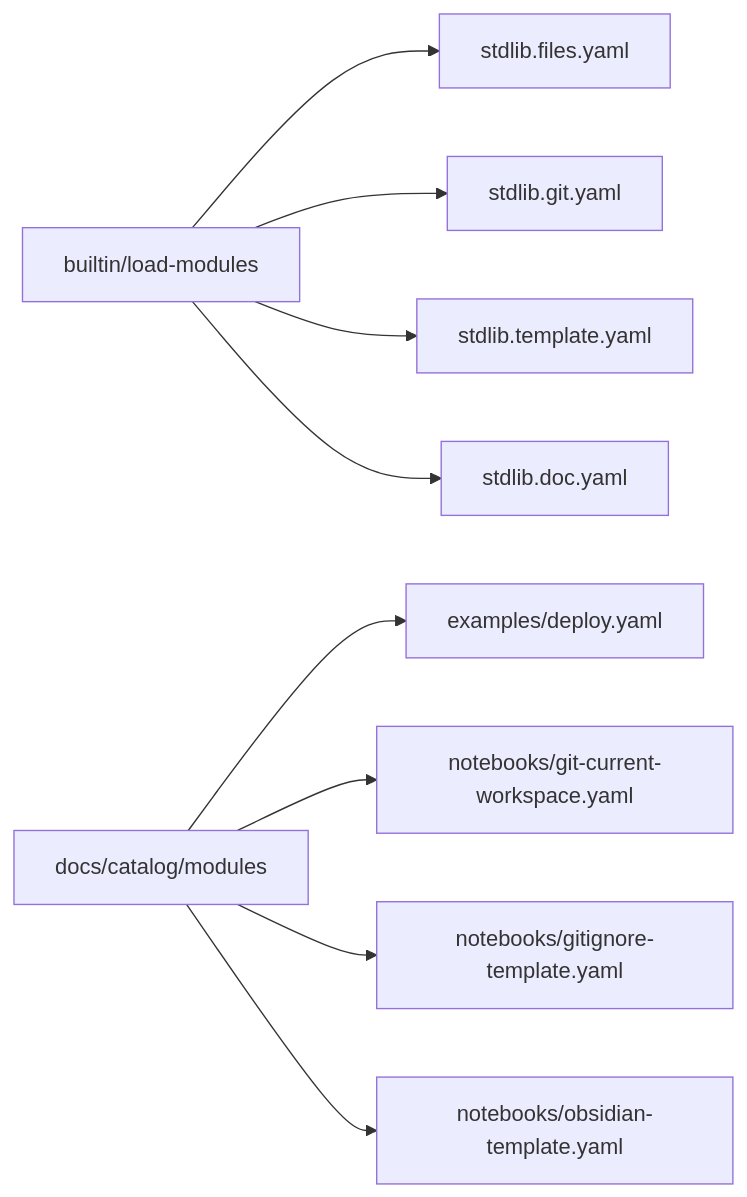
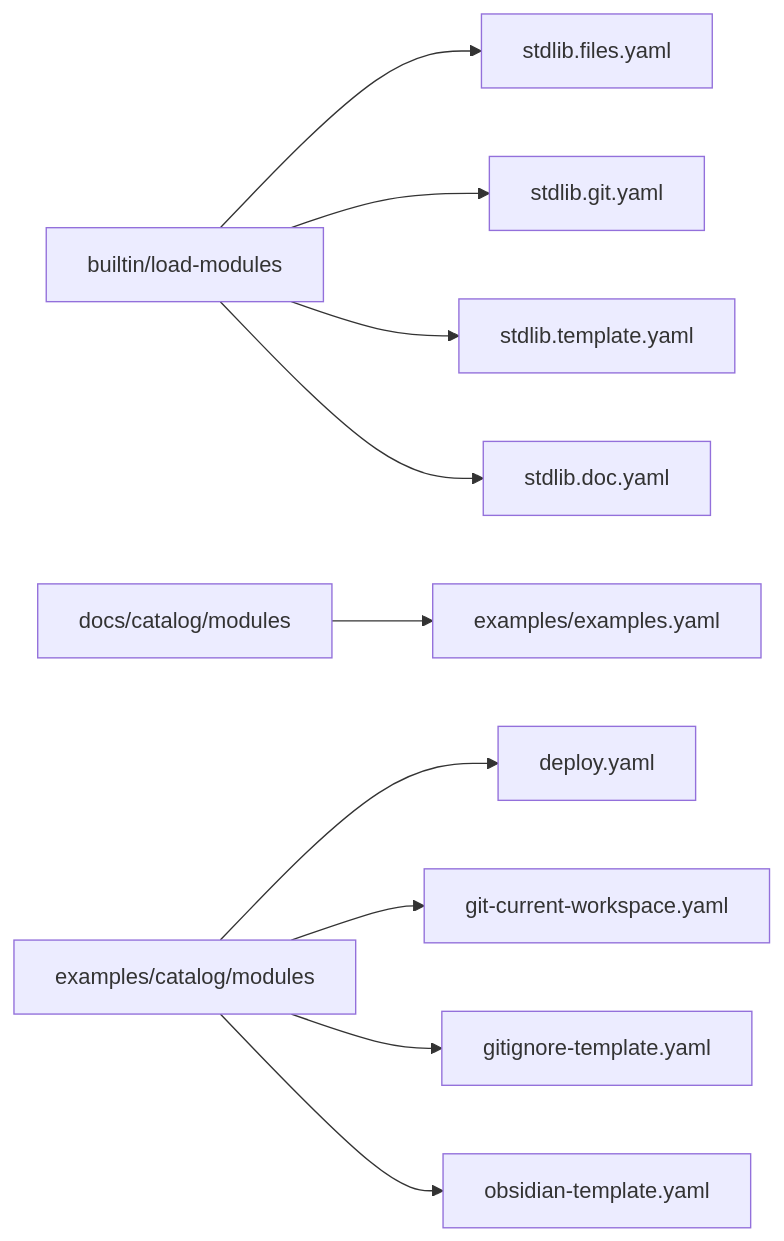
Before and after one commit to kieferwaight/LocalFabric: the second of 2 diagrams in 20_workspaces/06_workflows/yaml/docs/README.md, drawn with Mermaid. The commit also changed other lines of this file and 22 other files, not shown here.

Commit message:
Classify YAML compositions as examples

````diff
--- a/20_workspaces/06_workflows/yaml/docs/README.md
+++ b/20_workspaces/06_workflows/yaml/docs/README.md
@@ -219,11 +223,12 @@
 ```mermaid
 flowchart LR
 def_builtin_load_modules["builtin/load-modules"] --> def_builtin_load_modules_module_1["stdlib.files.yaml"]
 def_builtin_load_modules["builtin/load-modules"] --> def_builtin_load_modules_module_2["stdlib.git.yaml"]
 def_builtin_load_modules["builtin/load-modules"] --> def_builtin_load_modules_module_3["stdlib.template.yaml"]
 def_builtin_load_modules["builtin/load-modules"] --> def_builtin_load_modules_module_4["stdlib.doc.yaml"]
-def_docs_catalog_modules["docs/catalog/modules"] --> def_docs_catalog_modules_module_1["examples/deploy.yaml"]
-def_docs_catalog_modules["docs/catalog/modules"] --> def_docs_catalog_modules_module_2["notebooks/git-current-workspace.yaml"]
-def_docs_catalog_modules["docs/catalog/modules"] --> def_docs_catalog_modules_module_3["notebooks/gitignore-template.yaml"]
-def_docs_catalog_modules["docs/catalog/modules"] --> def_docs_catalog_modules_module_4["notebooks/obsidian-template.yaml"]
+def_docs_catalog_modules["docs/catalog/modules"] --> def_docs_catalog_modules_module_1["examples/examples.yaml"]
+def_examples_catalog_modules["examples/catalog/modules"] --> def_examples_catalog_modules_module_1["deploy.yaml"]
+def_examples_catalog_modules["examples/catalog/modules"] --> def_examples_catalog_modules_module_2["git-current-workspace.yaml"]
+def_examples_catalog_modules["examples/catalog/modules"] --> def_examples_catalog_modules_module_3["gitignore-template.yaml"]
+def_examples_catalog_modules["examples/catalog/modules"] --> def_examples_catalog_modules_module_4["obsidian-template.yaml"]
 ```
````
